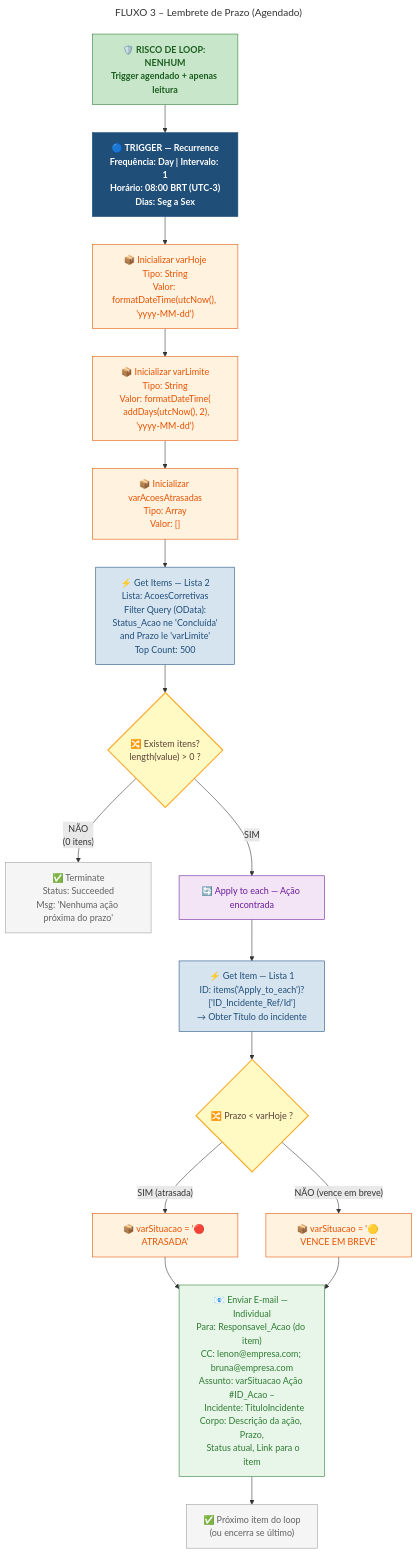
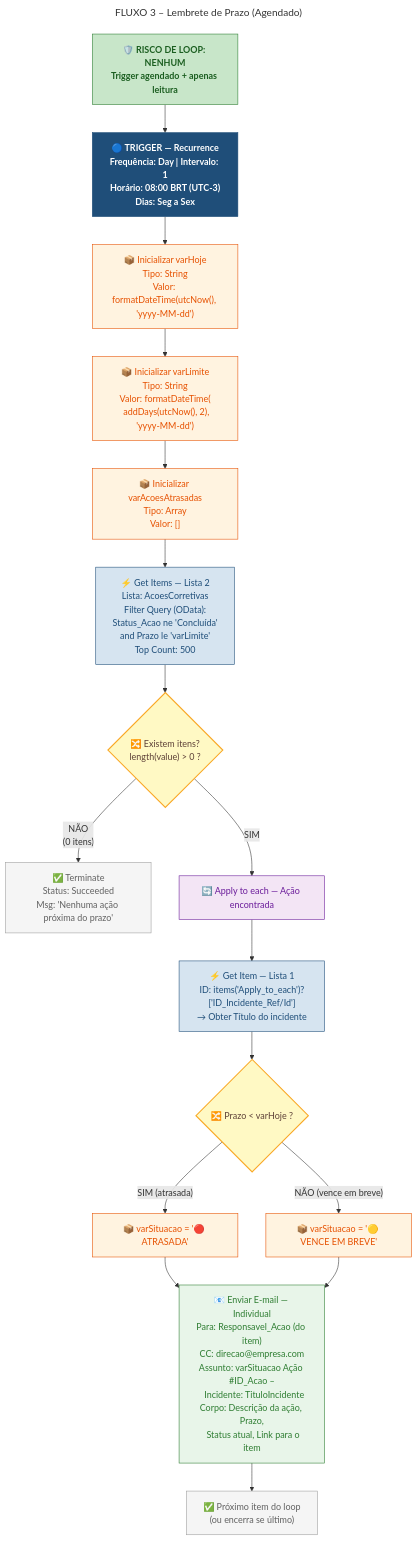
The diagram in docs/diagramas/fluxo3_lembrete.mermaid (LucasMalessa/gestao-incidentes-sharepoint), drawn with Mermaid before and after one commit. The commit also changed 7 other files, not shown here.

```diff
--- a/docs/diagramas/fluxo3_lembrete.mermaid
+++ b/docs/diagramas/fluxo3_lembrete.mermaid
@@ -1,48 +1,48 @@
 ---
 title: "FLUXO 3 – Lembrete de Prazo (Agendado)"
 ---
 flowchart TD
     classDef trigger fill:#1F4E79,color:#fff,stroke:#1F4E79,font-weight:bold
     classDef action fill:#D6E4F0,color:#1F4E79,stroke:#1F4E79
     classDef variable fill:#FFF3E0,color:#E65100,stroke:#E65100
     classDef condition fill:#FFF9C4,color:#5D4037,stroke:#F9A825,stroke-width:2px
     classDef email fill:#E8F5E9,color:#2E7D32,stroke:#2E7D32
     classDef loop fill:#F3E5F5,color:#6A1B9A,stroke:#6A1B9A
     classDef endnode fill:#F5F5F5,color:#616161,stroke:#9E9E9E
     classDef safe fill:#C8E6C9,color:#1B5E20,stroke:#2E7D32,font-weight:bold
 
     SAFE["🛡️ RISCO DE LOOP: NENHUM\nTrigger agendado + apenas leitura"]:::safe
 
     T["🔵 TRIGGER — Recurrence\nFrequência: Day | Intervalo: 1\nHorário: 08:00 BRT (UTC-3)\nDias: Seg a Sex"]:::trigger
 
     V1["📦 Inicializar varHoje\nTipo: String\nValor: formatDateTime(utcNow(), 'yyyy-MM-dd')"]:::variable
 
     V2["📦 Inicializar varLimite\nTipo: String\nValor: formatDateTime(\n  addDays(utcNow(), 2), 'yyyy-MM-dd')"]:::variable
 
     V3["📦 Inicializar varAcoesAtrasadas\nTipo: Array\nValor: []"]:::variable
 
     G1["⚡ Get Items — Lista 2\nLista: AcoesCorretivas\nFilter Query (OData):\nStatus_Acao ne 'Concluída'\n  and Prazo le 'varLimite'\nTop Count: 500"]:::action
 
     C1{"🔀 Existem itens?\nlength(value) > 0 ?"}:::condition
 
     NADA["✅ Terminate\nStatus: Succeeded\nMsg: 'Nenhuma ação próxima do prazo'"]:::endnode
 
     LOOP["🔄 Apply to each — Ação encontrada"]:::loop
 
     G2["⚡ Get Item — Lista 1\nID: items('Apply_to_each')?['ID_Incidente_Ref/Id']\n→ Obter Título do incidente"]:::action
 
     C2{"🔀 Prazo < varHoje ?"}:::condition
 
     S1["📦 varSituacao = '🔴 ATRASADA'"]:::variable
     S2["📦 varSituacao = '🟡 VENCE EM BREVE'"]:::variable
 
-    E1["📧 Enviar E-mail — Individual\nPara: Responsavel_Acao (do item)\nCC: lenon@empresa.com; bruna@empresa.com\nAssunto: varSituacao Ação #ID_Acao –\n  Incidente: TituloIncidente\nCorpo: Descrição da ação, Prazo,\n  Status atual, Link para o item"]:::email
+    E1["📧 Enviar E-mail — Individual\nPara: Responsavel_Acao (do item)\nCC: direcao@empresa.com\nAssunto: varSituacao Ação #ID_Acao –\n  Incidente: TituloIncidente\nCorpo: Descrição da ação, Prazo,\n  Status atual, Link para o item"]:::email
 
     FIM["✅ Próximo item do loop\n(ou encerra se último)"]:::endnode
 
     SAFE --> T --> V1 --> V2 --> V3 --> G1 --> C1
     C1 -- "NÃO\n(0 itens)" --> NADA
     C1 -- "SIM" --> LOOP --> G2 --> C2
     C2 -- "SIM (atrasada)" --> S1 --> E1
     C2 -- "NÃO (vence em breve)" --> S2 --> E1
     E1 --> FIM
```
